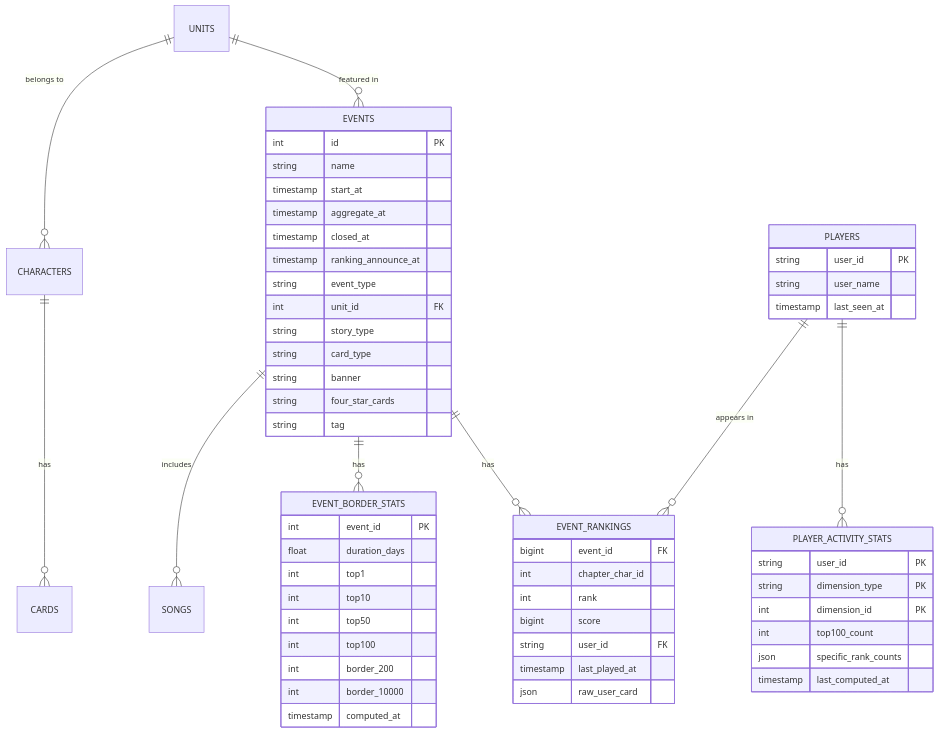
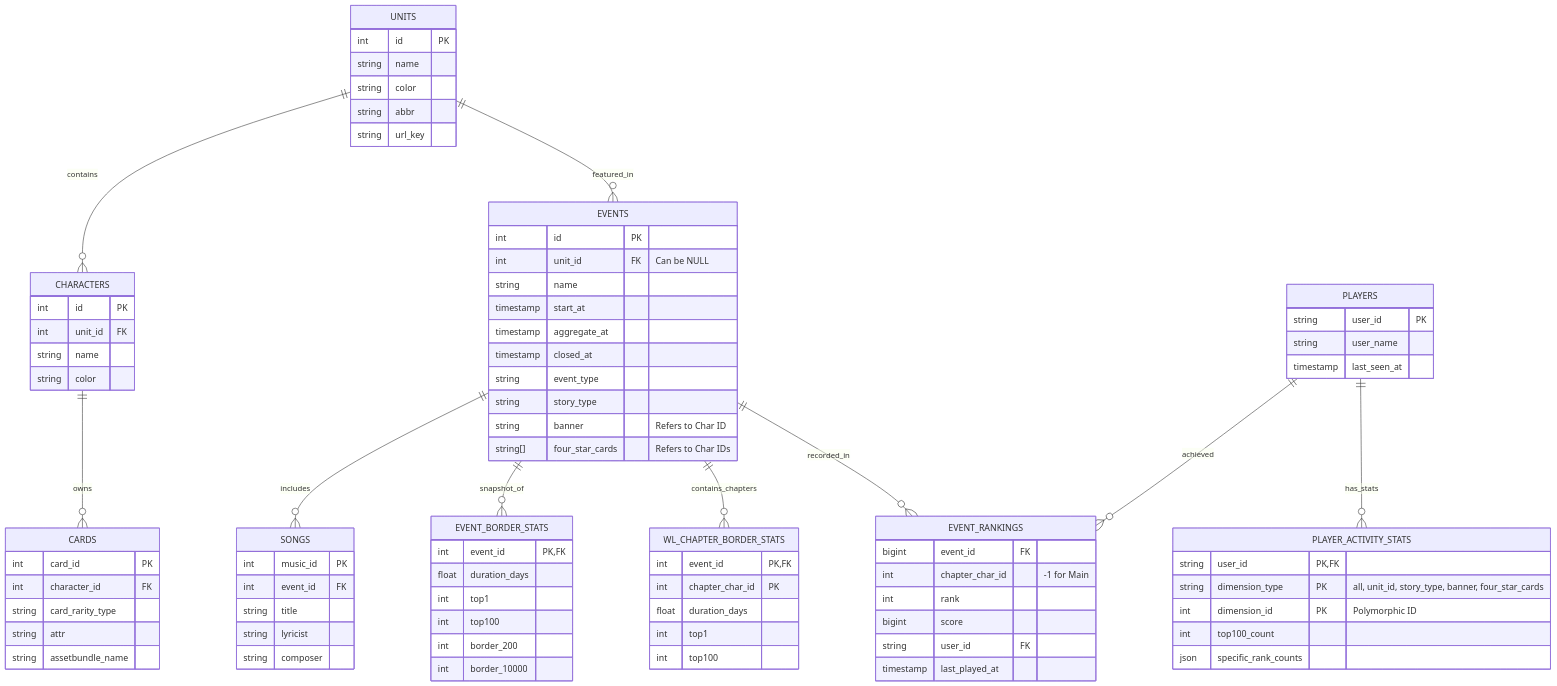
Before and after one commit to rockzerox/Project-Sekai-Ranking: the diagram in docs/DATABASE_SCHEMA.md, drawn with Mermaid.

````diff
--- a/docs/DATABASE_SCHEMA.md
+++ b/docs/DATABASE_SCHEMA.md
@@ -14,38 +12,73 @@
 ```mermaid
 erDiagram
-    UNITS ||--o{ CHARACTERS : "belongs to"
-    UNITS ||--o{ EVENTS : "featured in"
-    CHARACTERS ||--o{ CARDS : "has"
+    %% --- Core Entities ---
+    UNITS ||--o{ CHARACTERS : "contains"
+    UNITS ||--o{ EVENTS : "featured_in"
+    CHARACTERS ||--o{ CARDS : "owns"
+    
+    %% --- Event & Content ---
     EVENTS ||--o{ SONGS : "includes"
-    EVENTS ||--o{ EVENT_BORDER_STATS : "has"
-    EVENTS ||--o{ EVENT_RANKINGS : "has"
-    PLAYERS ||--o{ EVENT_RANKINGS : "appears in"
-    PLAYERS ||--o{ PLAYER_ACTIVITY_STATS : "has"
+    EVENTS ||--o{ EVENT_BORDER_STATS : "snapshot_of"
+    EVENTS ||--o{ WL_CHAPTER_BORDER_STATS : "contains_chapters"
+    EVENTS ||--o{ EVENT_RANKINGS : "recorded_in"
+
+    %% --- Player & Statistics ---
+    PLAYERS ||--o{ EVENT_RANKINGS : "achieved"
+    PLAYERS ||--o{ PLAYER_ACTIVITY_STATS : "has_stats"
+
+    %% --- Attributes ---
+
+    UNITS {
+        int id PK
+        string name
+        string color
+        string abbr
+        string url_key
+    }
+
+    CHARACTERS {
+        int id PK
+        int unit_id FK
+        string name
+        string color
+    }
+
+    CARDS {
+        int card_id PK
+        int character_id FK
+        string card_rarity_type
+        string attr
+        string assetbundle_name
+    }
 
     EVENTS {
         int id PK
+        int unit_id FK "Can be NULL"
         string name
         timestamp start_at
         timestamp aggregate_at
         timestamp closed_at
-        timestamp ranking_announce_at
         string event_type
-        int unit_id FK
         string story_type
-        string card_type
-        string banner
-        string four_star_cards
-        string tag
+        string banner "Refers to Char ID"
+        string[] four_star_cards "Refers to Char IDs"
+    }
+
+    SONGS {
+        int music_id PK
+        int event_id FK
+        string title
+        string lyricist
+        string composer
     }
 
     EVENT_RANKINGS {
         bigint event_id FK
-        int chapter_char_id
+        int chapter_char_id "-1 for Main"
         int rank
         bigint score
         string user_id FK
         timestamp last_played_at
-        json raw_user_card
     }
 
     PLAYERS {
@@ -55,23 +88,27 @@
     }
 
     PLAYER_ACTIVITY_STATS {
-        string user_id PK
-        string dimension_type PK
-        int dimension_id PK
+        string user_id PK, FK
+        string dimension_type PK "all, unit_id, story_type, banner, four_star_cards"
+        int dimension_id PK "Polymorphic ID"
         int top100_count
         json specific_rank_counts
-        timestamp last_computed_at
     }
 
     EVENT_BORDER_STATS {
-        int event_id PK
+        int event_id PK, FK
         float duration_days
         int top1
-        int top10
-        int top50
         int top100
         int border_200
         int border_10000
-        timestamp computed_at
+    }
+
+    WL_CHAPTER_BORDER_STATS {
+        int event_id PK, FK
+        int chapter_char_id PK
+        float duration_days
+        int top1
+        int top100
     }
 ```
````
